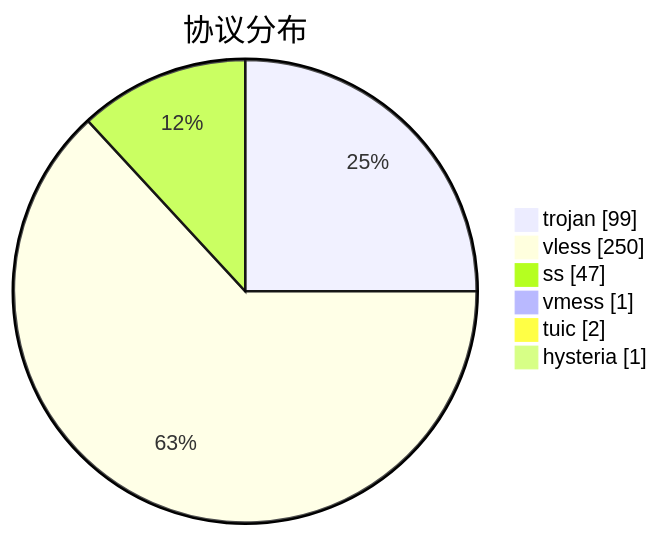
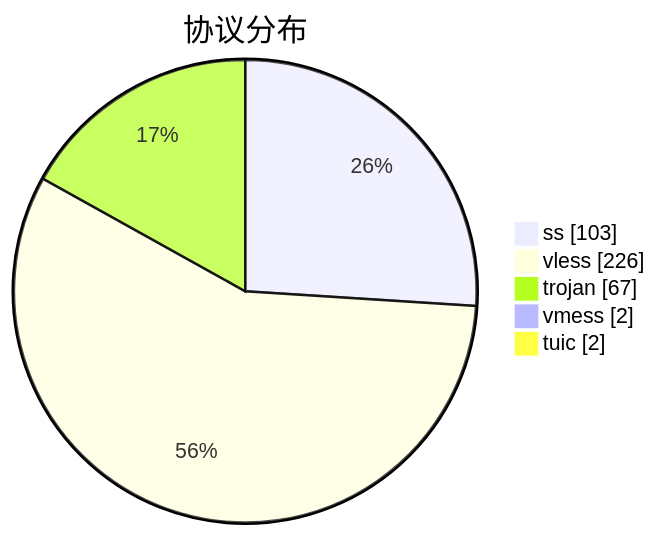
One commit to qjlxg/airport changed the third of 3 diagrams in subs/statistics/tested_within.md. Above: the diagram before and after it, drawn with Mermaid. The commit also changed other lines of this file and 2 other files, not shown here.

````diff
--- a/subs/statistics/tested_within.md
+++ b/subs/statistics/tested_within.md
@@ -31,10 +31,9 @@
 ```mermaid
 pie showData
 title 协议分布
-"trojan" : 99
-"vless" : 250
-"ss" : 47
-"vmess" : 1
+"ss" : 103
+"vless" : 226
+"trojan" : 67
+"vmess" : 2
 "tuic" : 2
-"hysteria" : 1
 ```
````
